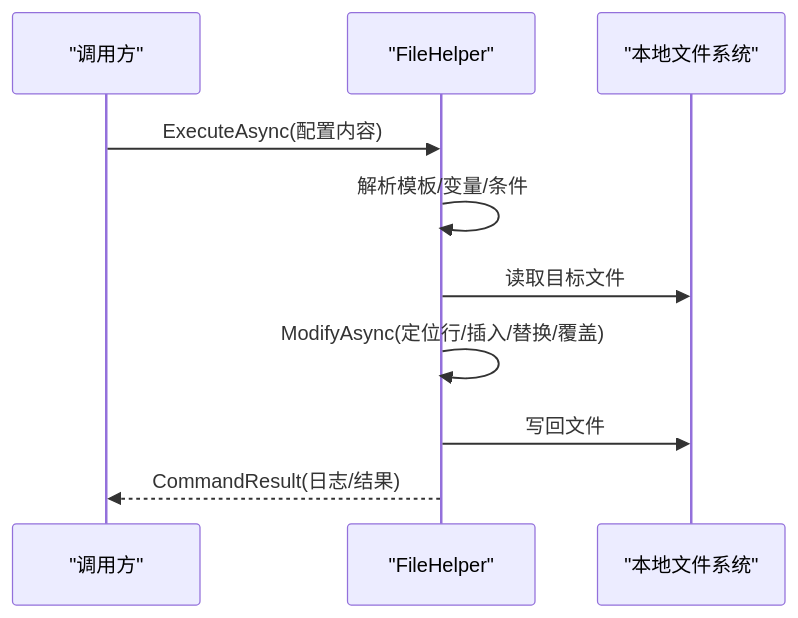
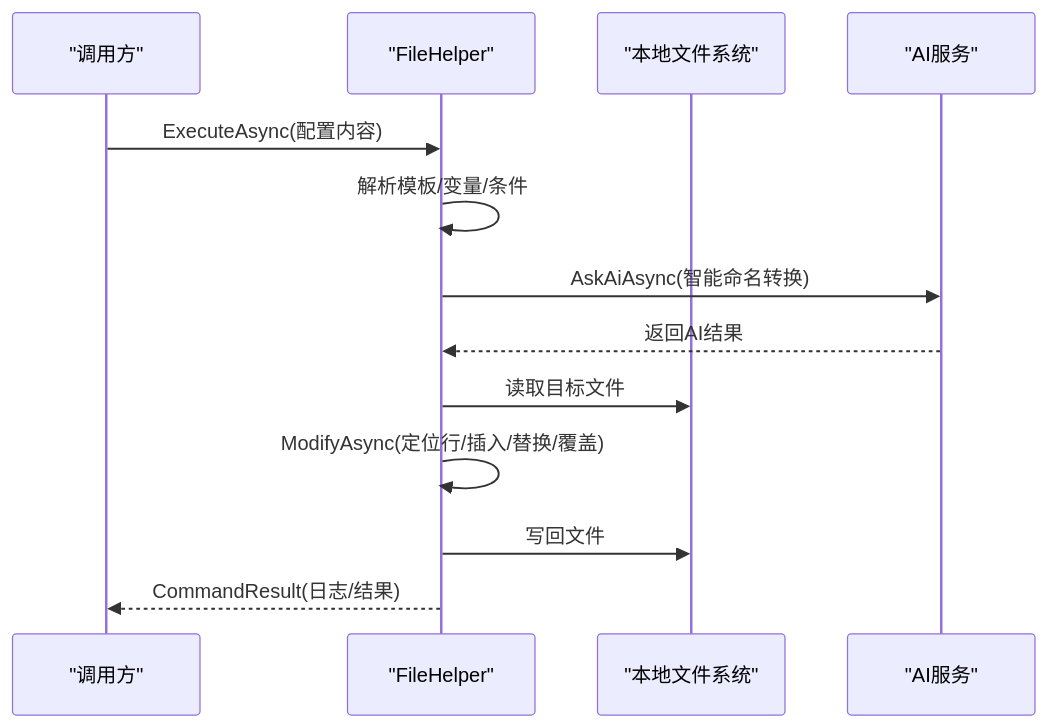
The eighth of 10 diagrams in .qoder/repowiki/zh/content/工具库详解/文件操作工具.md (Sosososolong/AirGo), drawn with Mermaid before and after one commit. The commit also changed other lines of this file and 3 other files, not shown here.

````diff
--- a/.qoder/repowiki/zh/content/工具库详解/文件操作工具.md
+++ b/.qoder/repowiki/zh/content/工具库详解/文件操作工具.md
@@ -303,12 +362,15 @@
 ```mermaid
 sequenceDiagram
 participant Caller as "调用方"
 participant FH as "FileHelper"
 participant FS as "本地文件系统"
+participant AI as "AI服务"
 Caller->>FH : ExecuteAsync(配置内容)
 FH->>FH : 解析模板/变量/条件
+FH->>AI : AskAiAsync(智能命名转换)
+AI-->>FH : 返回AI结果
 FH->>FS : 读取目标文件
 FH->>FH : ModifyAsync(定位行/插入/替换/覆盖)
 FH->>FS : 写回文件
 FH-->>Caller : CommandResult(日志/结果)
 ```
````
